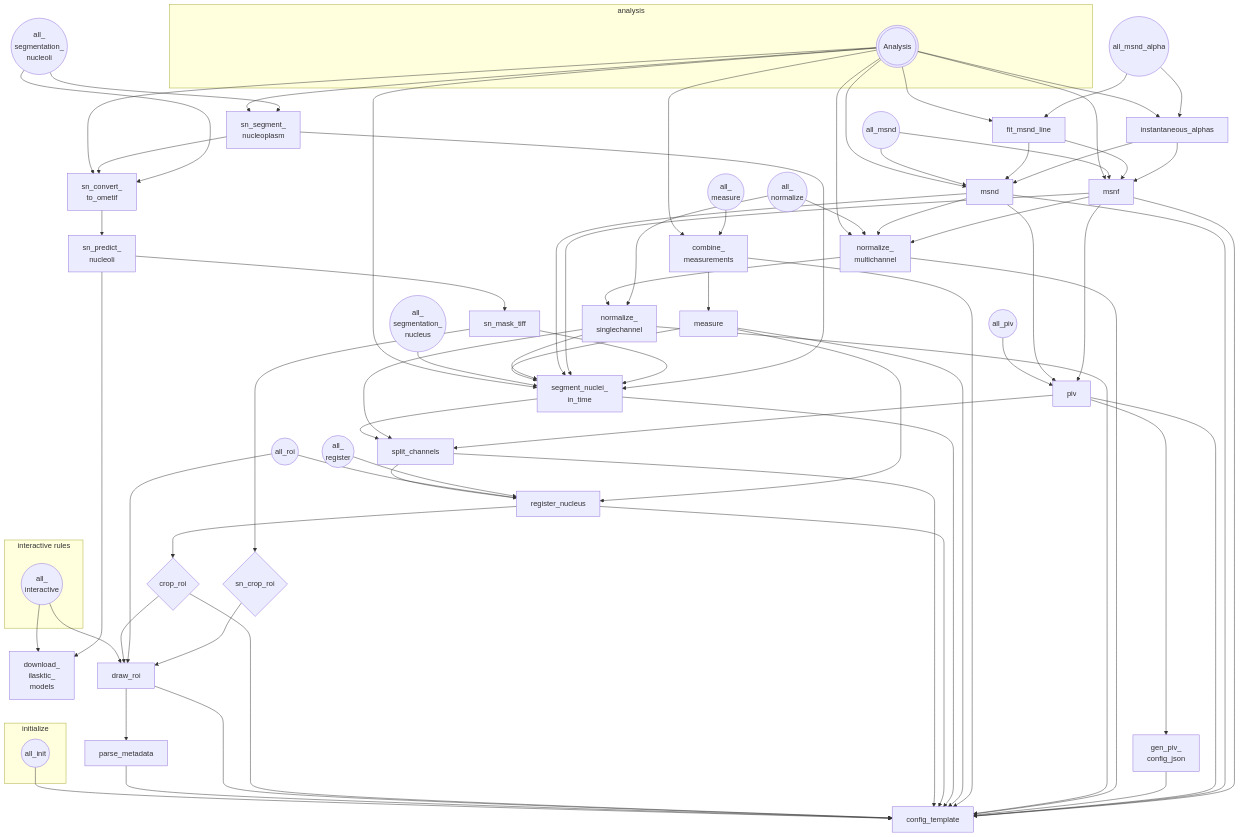
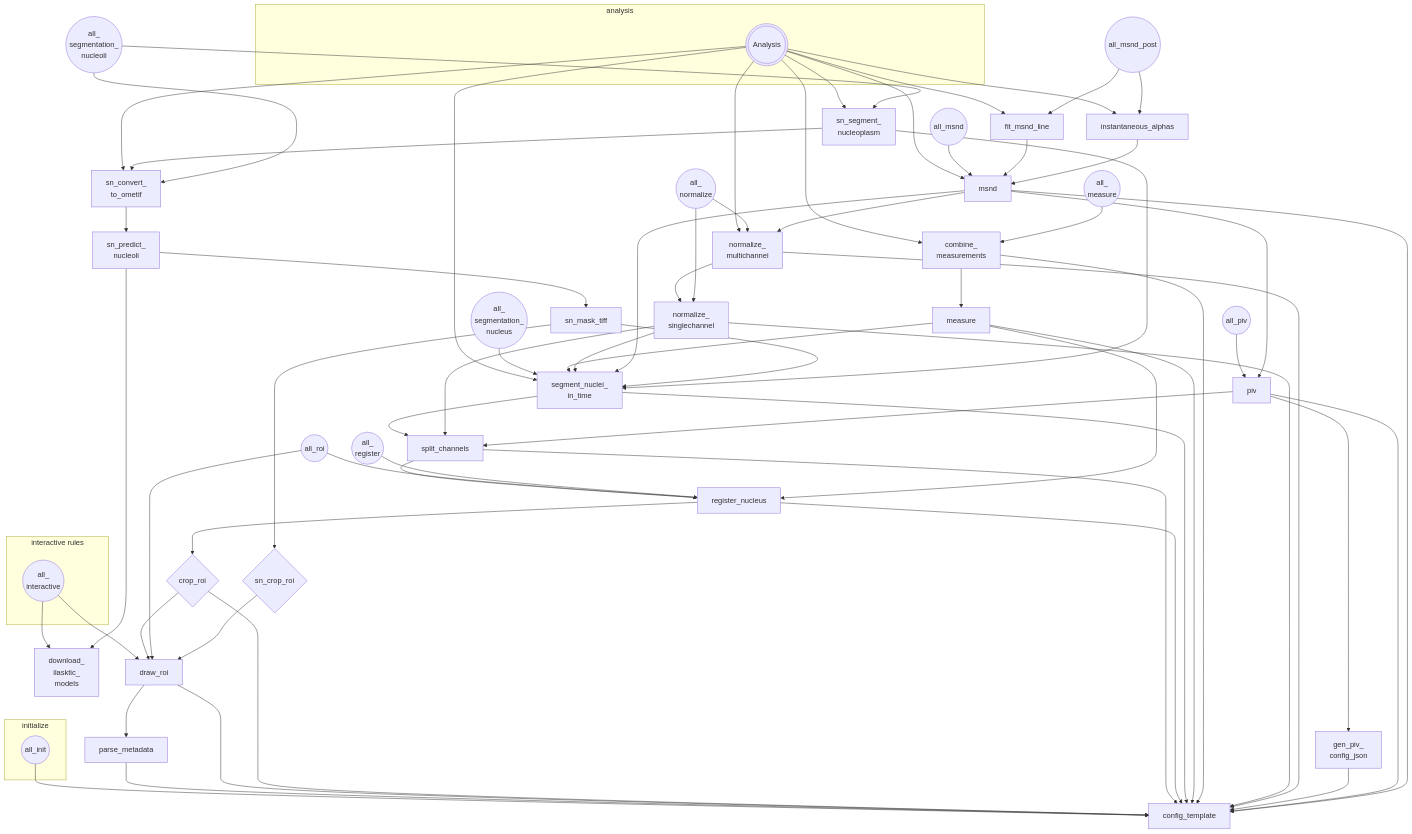
One commit to yichechang/alu-mobility changed the diagram in README.md. Above: the diagram before and after it, drawn with Mermaid. The commit also changed 7 other files, not shown here.

````diff
--- a/README.md
+++ b/README.md
@@ -14,78 +14,77 @@
 ```mermaid
 graph TD
     subgraph analysis
     A(((Analysis)))
     end
-    A(((Analysis))) --> B14 & B15 & A91 & A92 & A81 & A82 & A52 & A31 & A42
+    A(((Analysis))) --> B14 & B15 & A91 & A92 & A81 & A52 & A31 & A42
 
     subgraph initialize
     A99((all_init))
     end
 
     subgraph interactive rules
     A98((all_<br>interactive))
     end
 
     A1((all_roi))
     C1((all_<br>register))
 
     A2((all_<br>segmentation_<br>nucleus))
 
 
     A4((all_<br>measure))
     A5((all_<br>normalize))
 
 
     A6((all_piv))
     A8((all_msnd))
-    A9((all_msnd_alpha))
+    A9((all_msnd_post))
 
     B1((all_<br>segmentation_<br>nucleoli))    
 
     A01[config_template]
     A99 --> A01
 
     A02[download_<br>ilasktic_<br>models]
     A98 --> A02 & A12
 
     A11[parse_metadata] --> A01
     A12[draw_roi] --> A11 &  A01
     A13{crop_roi} --> A12 & A01
     A14[split_channels] --> C11 & A01
     A1 --> A12 & C11
 
     C11[register_nucleus] --> A13 & A01
     C1 --> C11
 
     A31[segment_nuclei_<br>in_time] --> A14 & A01
     A2 --> A31
 
     A41[measure] --> C11 & A31 & A01
     A42[combine_<br>measurements] --> A41 & A01
     A4 --> A42
 
     A51[normalize_<br>singlechannel] --> A14 & A31 & A01
     A52[normalize_<br>multichannel] --> A51 & A01
     A5 --> A51 & A52
 
     A61[gen_piv_<br>config_json] --> A01
     A62[piv] --> A61 & A14 & A01
     A6 --> A62
 
 
     A81[msnd] --> A62 & A52 & A31 & A01
-    A82[msnf] --> A62 & A52 & A31 & A01
-    A8 --> A81 & A82
+    A8 --> A81
 
 
-    A91[fit_msnd_line] --> A81 & A82
-    A92[instantaneous_alphas] --> A81 & A82
+    A91[fit_msnd_line] --> A81
+    A92[instantaneous_alphas] --> A81
     A9 --> A91 & A92
 
     B11{sn_crop_roi} --> A12
     B12[sn_mask_tiff] --> B11 & A31
     B13[sn_predict_<br>nucleoli] --> B12 & A02
     B14[sn_convert_<br>to_ometif] --> B13
     B15[sn_segment_<br>nucleoplasm] --> B14 & A31
     B1 --> B14 & B15
 ```
````
